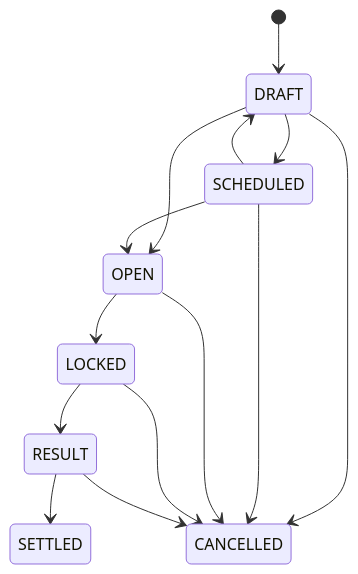
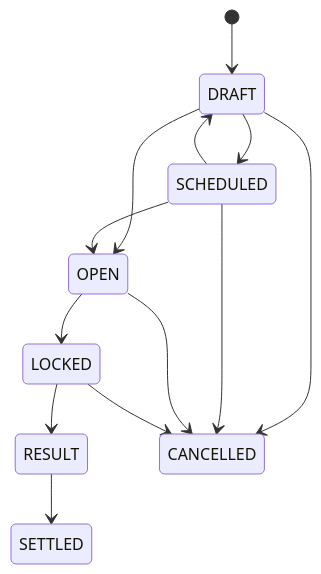
Before and after one commit to DaanHeijnen/Market-Mayhem: the second of 4 diagrams in docs/ARCHITECTURE.md, drawn with Mermaid. The commit also changed other lines of this file and 8582 other files, not shown here.

````diff
--- a/docs/ARCHITECTURE.md
+++ b/docs/ARCHITECTURE.md
@@ -44,16 +62,15 @@
 ```mermaid
 stateDiagram-v2
   [*] --> DRAFT
   DRAFT --> SCHEDULED
   SCHEDULED --> DRAFT
   DRAFT --> OPEN
   SCHEDULED --> OPEN
   OPEN --> LOCKED
   LOCKED --> RESULT
   RESULT --> SETTLED
   DRAFT --> CANCELLED
   SCHEDULED --> CANCELLED
   OPEN --> CANCELLED
   LOCKED --> CANCELLED
-  RESULT --> CANCELLED
 ```
````
